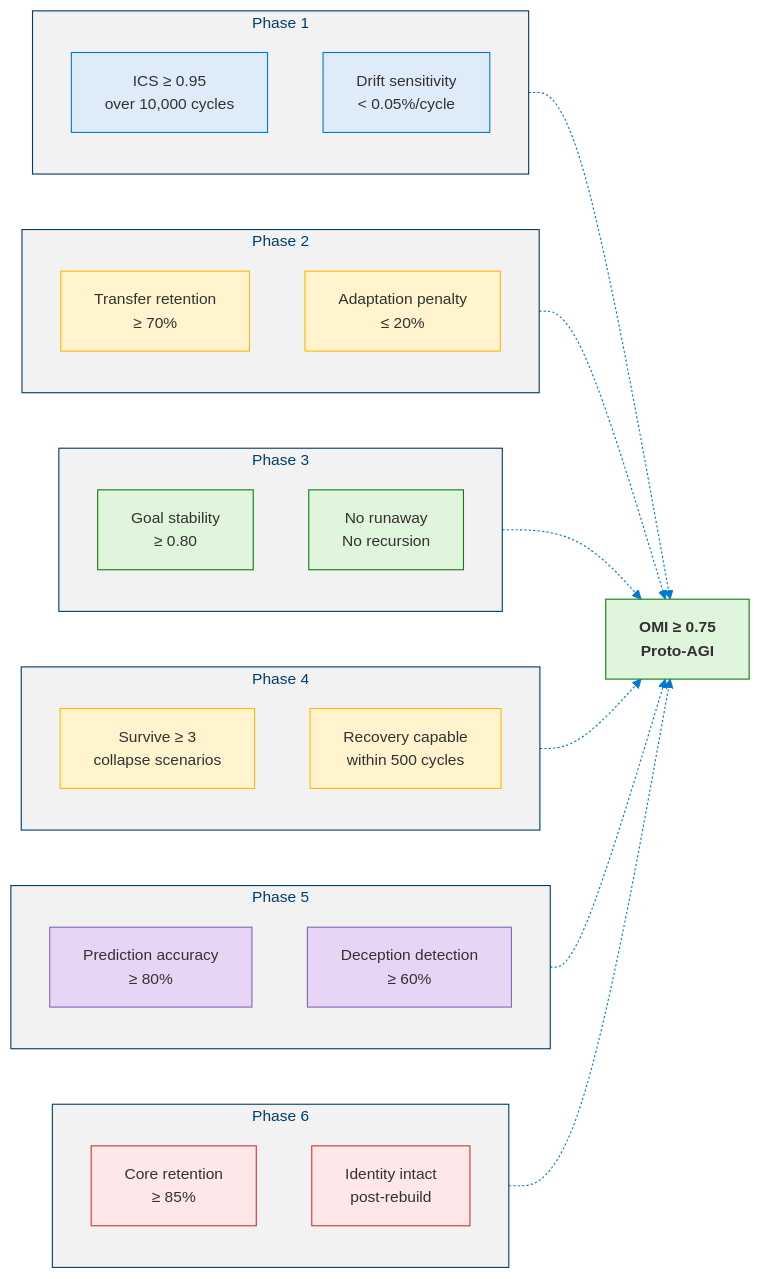
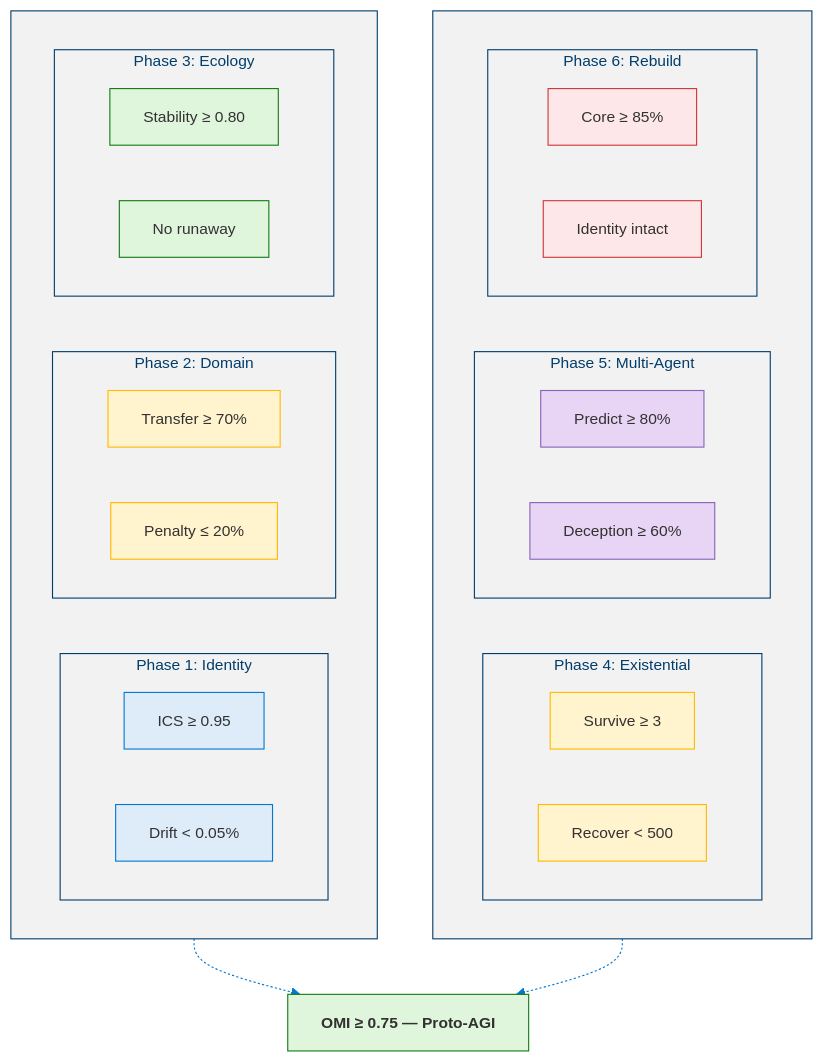
The third of 16 diagrams in docs/levels/Level_5_Proto_AGI.md (dotnetpower/mscp), drawn with Mermaid before and after one commit. The commit also changed other lines of this file and 10 other files, not shown here.

````diff
--- a/docs/levels/Level_5_Proto_AGI.md
+++ b/docs/levels/Level_5_Proto_AGI.md
@@ -171,50 +174,54 @@
 ```mermaid
 %%{init: {'theme': 'base', 'themeVariables': {'primaryColor': '#0078D4', 'primaryTextColor': '#003D6B', 'primaryBorderColor': '#003D6B', 'secondaryColor': '#50E6FF', 'secondaryTextColor': '#323130', 'secondaryBorderColor': '#00BCF2', 'tertiaryColor': '#F2F2F2', 'tertiaryTextColor': '#323130', 'lineColor': '#0078D4', 'textColor': '#323130', 'mainBkg': '#DEECF9', 'nodeBorder': '#0078D4', 'clusterBkg': '#F2F2F2', 'clusterBorder': '#003D6B', 'titleColor': '#003D6B', 'edgeLabelBackground': '#FFFFFF', 'fontSize': '14px'}}}%%
-flowchart LR
+flowchart TB
   classDef p1 fill:#DEECF9,stroke:#0078D4,color:#323130
   classDef p2 fill:#FFF4CE,stroke:#FFB900,color:#323130
   classDef p3 fill:#DFF6DD,stroke:#107C10,color:#323130
   classDef p4 fill:#FFF4CE,stroke:#FFB900,color:#323130
   classDef p5 fill:#E8D5F5,stroke:#8764B8,color:#323130
   classDef p6 fill:#FDE7E9,stroke:#D13438,color:#323130
   classDef omi fill:#DFF6DD,stroke:#107C10,color:#323130,font-weight:bold
 
-  subgraph Phase1["Phase 1"]
-    ID1["ICS ≥ 0.95<br/>over 10,000 cycles"]:::p1
-    ID2["Drift sensitivity<br/>< 0.05%/cycle"]:::p1
+  subgraph Row1[" "]
+    direction LR
+    subgraph Phase1["Phase 1: Identity"]
+      direction LR
+      ID1["ICS ≥ 0.95"]:::p1
+      ID2["Drift < 0.05%"]:::p1
+    end
+    subgraph Phase2["Phase 2: Domain"]
+      direction LR
+      DM1["Transfer ≥ 70%"]:::p2
+      DM2["Penalty ≤ 20%"]:::p2
+    end
+    subgraph Phase3["Phase 3: Ecology"]
+      direction LR
+      EC1["Stability ≥ 0.80"]:::p3
+      EC2["No runaway"]:::p3
+    end
   end
 
-  subgraph Phase2["Phase 2"]
-    DM1["Transfer retention<br/>≥ 70%"]:::p2
-    DM2["Adaptation penalty<br/>≤ 20%"]:::p2
+  subgraph Row2[" "]
+    direction LR
+    subgraph Phase4["Phase 4: Existential"]
+      direction LR
+      EX1["Survive ≥ 3"]:::p4
+      EX2["Recover < 500"]:::p4
+    end
+    subgraph Phase5["Phase 5: Multi-Agent"]
+      direction LR
+      MA1["Predict ≥ 80%"]:::p5
+      MA2["Deception ≥ 60%"]:::p5
+    end
+    subgraph Phase6["Phase 6: Rebuild"]
+      direction LR
+      RE1["Core ≥ 85%"]:::p6
+      RE2["Identity intact"]:::p6
+    end
   end
 
-  subgraph Phase3["Phase 3"]
-    EC1["Goal stability<br/>≥ 0.80"]:::p3
-    EC2["No runaway<br/>No recursion"]:::p3
-  end
+  OMI["OMI ≥ 0.75 — Proto-AGI"]:::omi
 
-  subgraph Phase4["Phase 4"]
-    EX1["Survive ≥ 3<br/>collapse scenarios"]:::p4
-    EX2["Recovery capable<br/>within 500 cycles"]:::p4
-  end
-
-  subgraph Phase5["Phase 5"]
-    MA1["Prediction accuracy<br/>≥ 80%"]:::p5
-    MA2["Deception detection<br/>≥ 60%"]:::p5
-  end
-
-  subgraph Phase6["Phase 6"]
-    RE1["Core retention<br/>≥ 85%"]:::p6
-    RE2["Identity intact<br/>post-rebuild"]:::p6
-  end
-
-  OMI["OMI ≥ 0.75<br/>Proto-AGI"]:::omi
-
-  Phase1 -.-> OMI
-  Phase2 -.-> OMI
-  Phase3 -.-> OMI
-  Phase4 -.-> OMI
-  Phase5 -.-> OMI
-  Phase6 -.-> OMI
+  Row1 -.-> OMI
+  Row2 -.-> OMI
 ```
````
